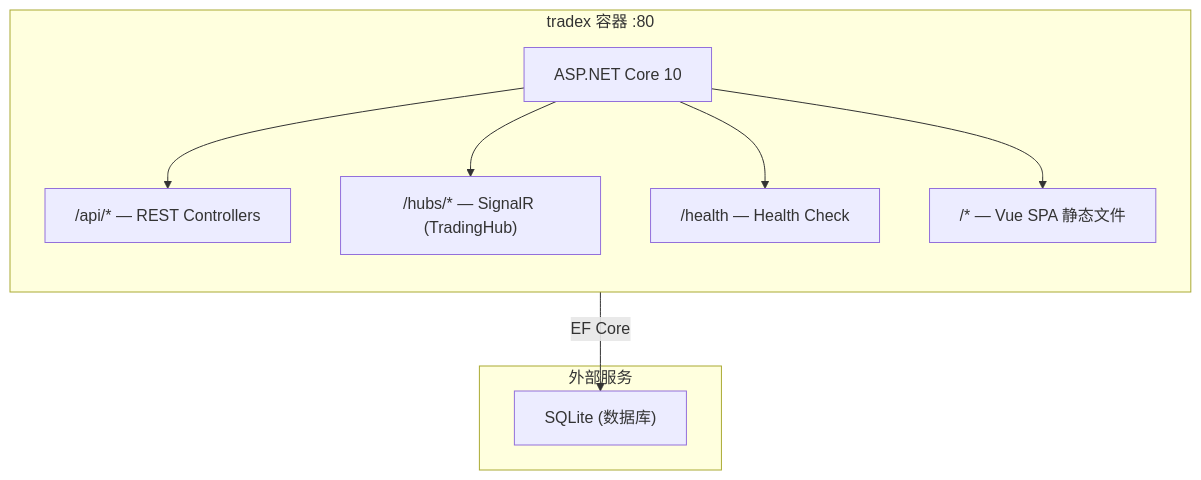
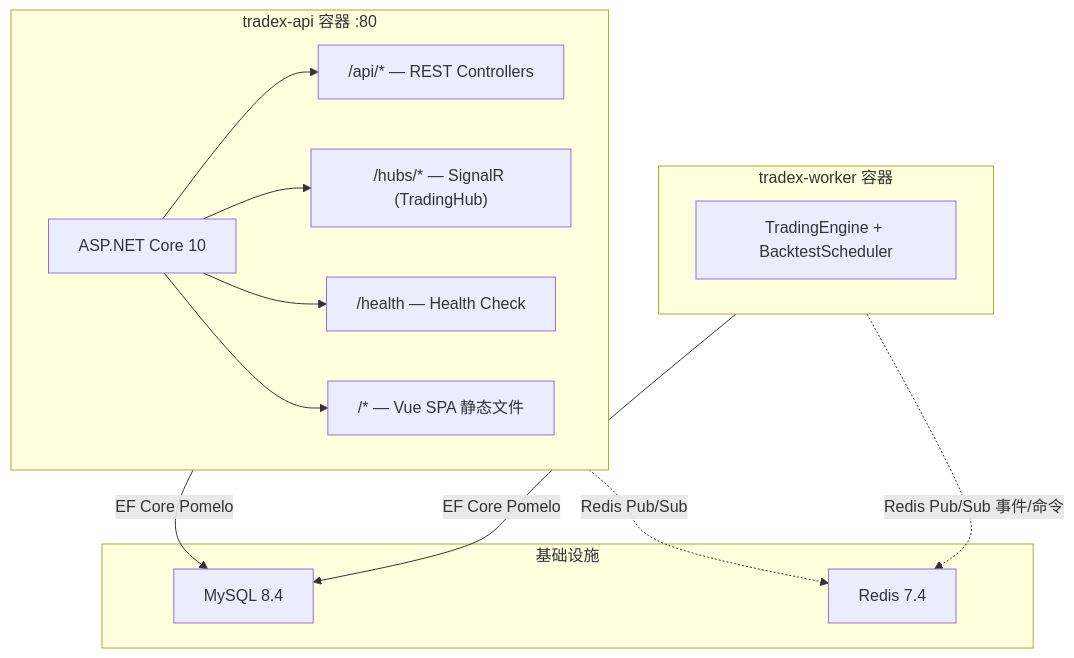
Before and after one commit to bambuo/TradeX: the diagram in README.md, drawn with Mermaid. The commit also changed other lines of this file and 23 other files, not shown here.

````diff
--- a/README.md
+++ b/README.md
@@ -7,17 +7,24 @@
 ```mermaid
 flowchart TB
-    subgraph Container["tradex 容器 :80"]
-        direction TB
+    subgraph API["tradex-api 容器 :80"]
         A["ASP.NET Core 10"]
         A --> B["/api/* — REST Controllers"]
         A --> C["/hubs/* — SignalR (TradingHub)"]
         A --> D["/health — Health Check"]
         A --> E["/* — Vue SPA 静态文件"]
     end
 
-    subgraph Services["外部服务"]
-        F["SQLite (数据库)"]
+    subgraph Worker["tradex-worker 容器"]
+        W["TradingEngine + BacktestScheduler"]
     end
 
-    B -->|EF Core| F
+    subgraph Services["基础设施"]
+        F["MySQL 8.4"]
+        R["Redis 7.4"]
+    end
+
+    API -->|EF Core Pomelo| F
+    API -.->|Redis Pub/Sub| R
+    Worker -->|EF Core Pomelo| F
+    Worker -.->|Redis Pub/Sub 事件/命令| R
 ```
````
